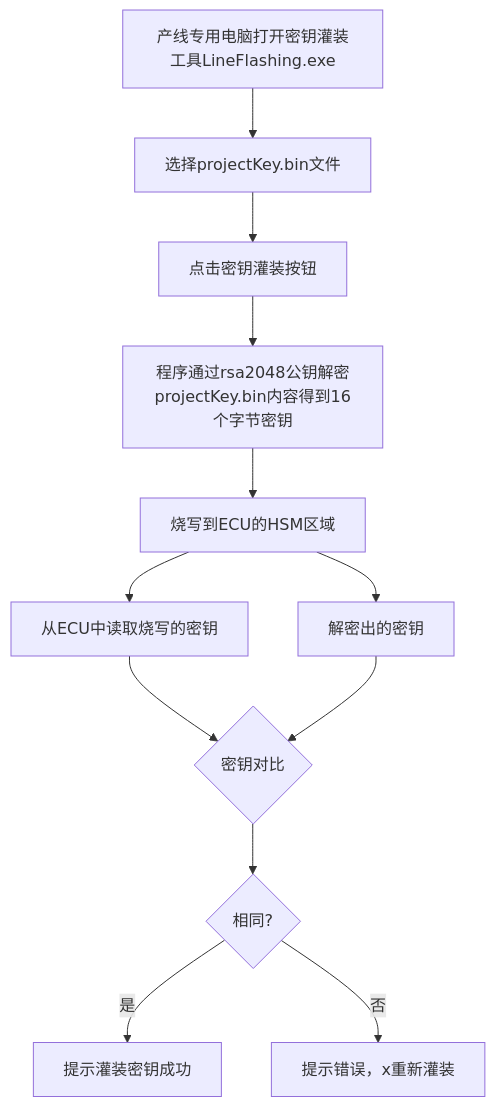
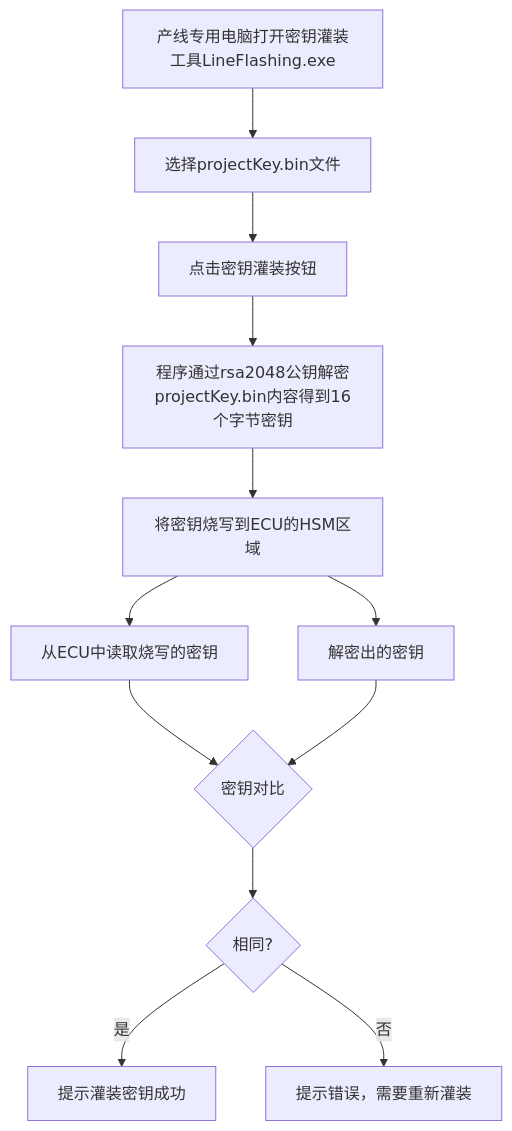
Before and after one commit to facebook-cloud/iodraw-files: the diagram in all/未命名-5.md, drawn with Mermaid.

Commit message:
2026-01-05 17:29:14 update

````diff
--- a/all/未命名-5.md
+++ b/all/未命名-5.md
@@ -1,15 +1,15 @@
 ```mermaid
 graph TD
     A[产线专用电脑打开密钥灌装工具LineFlashing.exe] --> B[选择projectKey.bin文件]
     B --> C[点击密钥灌装按钮]
     C --> E[程序通过rsa2048公钥解密projectKey.bin内容得到16个字节密钥]
-    E --> F[烧写到ECU的HSM区域]
+    E --> F[将密钥烧写到ECU的HSM区域]
     F --> G[从ECU中读取烧写的密钥]
     F --> H[解密出的密钥]
     G --> I{密钥对比}
     H --> I
     I --> J{相同?}
     J -- 是 --> K[提示灌装密钥成功]
-    J -- 否 --> L[提示错误，x重新灌装]
+    J -- 否 --> L[提示错误，需要重新灌装]
 
 ```
````
